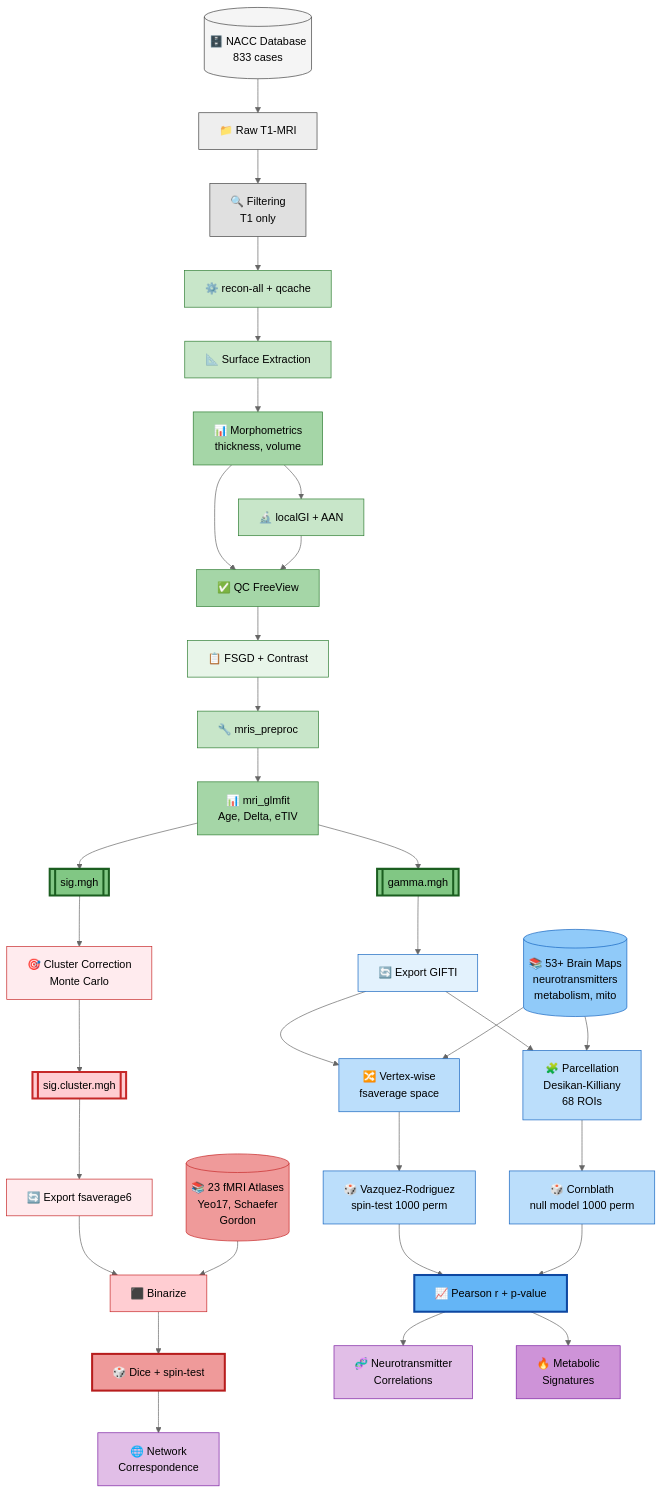
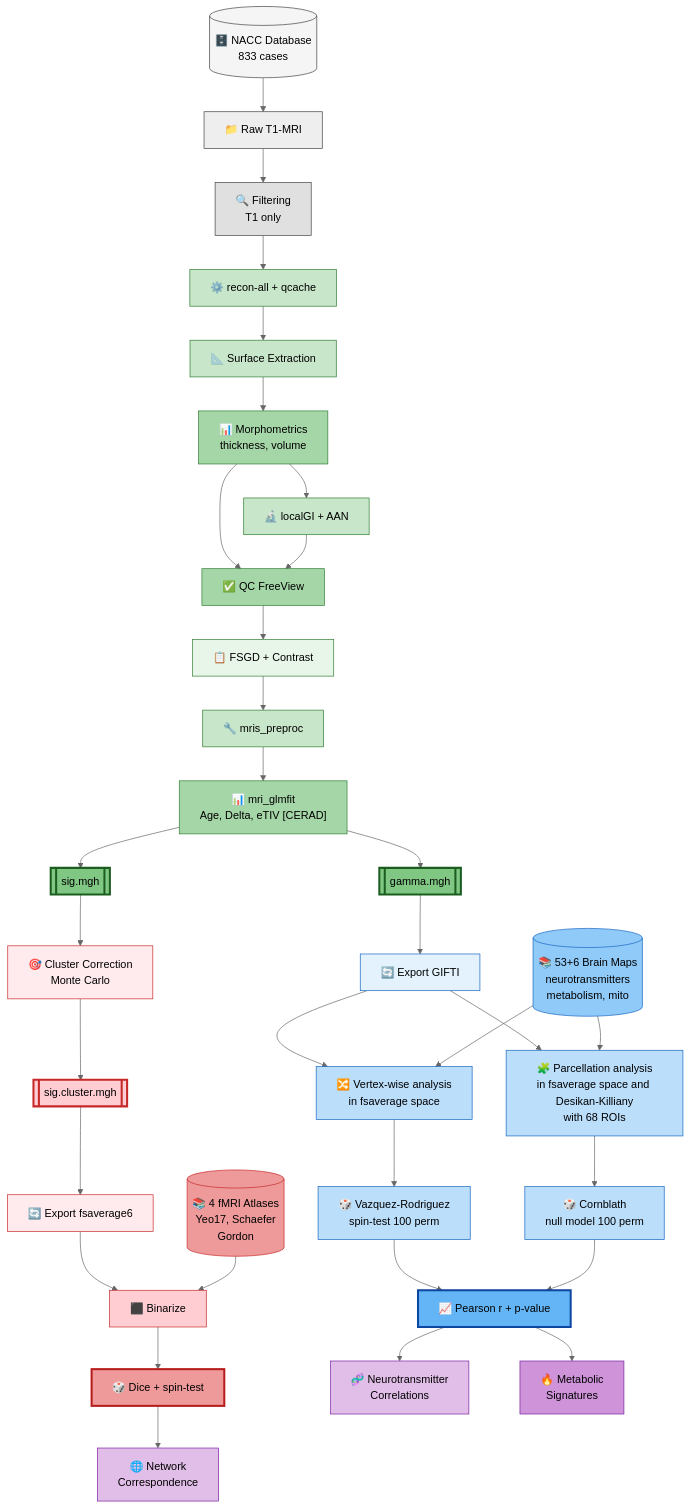
One commit to luisAraujo11/Thesis changed the diagram in README.md. Above: the diagram before and after it, drawn with Mermaid (neutral theme).

Commit message:
Final MD

````diff
--- a/README.md
+++ b/README.md
@@ -16,82 +16,82 @@
 ```mermaid
 flowchart TD
     %% DATA INPUT
     A1[("🗄️ NACC Database<br/>833 cases")] --> A2["📁 Raw T1-MRI"] --> A3["🔍 Filtering<br/>T1 only"]
     
     %% FREESURFER
     A3 --> B1["⚙️ recon-all + qcache"]
     B1 --> B2["📐 Surface Extraction"] --> B3["📊 Morphometrics<br/>thickness, volume"]
     B3 --> B4["🔬 localGI + AAN"]
     B3 --> B5["✅ QC FreeView"]
     B4 --> B5
     
     %% GROUP ANALYSIS
     B5 --> C1["📋 FSGD + Contrast"]
-    C1 --> C2["🔧 mris_preproc"] --> C3["📊 mri_glmfit<br/>Age, Delta, eTIV"]
+    C1 --> C2["🔧 mris_preproc"] --> C3["📊 mri_glmfit<br/>Age, Delta, eTIV [CERAD]"]
     C3 --> C4[["gamma.mgh"]]
     C3 --> C5[["sig.mgh"]]
     
     %% NEUROMAPS BRANCH - TWO PATHS
     C4 --> D1["🔄 Export GIFTI"]
     
     %% Vertex-wise path
-    D1 --> D2a["🔀 Vertex-wise<br/>fsaverage space"]
-    D3[("📚 53+ Brain Maps<br/>neurotransmitters<br/>metabolism, mito")] --> D2a
-    D2a --> D4a["🎲 Vazquez-Rodriguez<br/>spin-test 1000 perm"]
+    D1 --> D2a["🔀 Vertex-wise analysis<br/> in fsaverage space"]
+    D3[("📚 53+6 Brain Maps<br/>neurotransmitters<br/>metabolism, mito")] --> D2a
+    D2a --> D4a["🎲 Vazquez-Rodriguez<br/>spin-test 100 perm"]
     
     %% Parcellated path
-    D1 --> D2b["🧩 Parcellation<br/>Desikan-Killiany<br/>68 ROIs"]
+    D1 --> D2b["🧩 Parcellation analysis<br/>in fsaverage space and Desikan-Killiany<br/>with 68 ROIs"]
     D3 --> D2b
-    D2b --> D4b["🎲 Cornblath<br/>null model 1000 perm"]
+    D2b --> D4b["🎲 Cornblath<br/>null model 100 perm"]
     
     %% Merge results
     D4a --> D5["📈 Pearson r + p-value"]
     D4b --> D5
     
     %% NCT BRANCH
     C5 --> E1["🎯 Cluster Correction<br/>Monte Carlo"] --> E2[["sig.cluster.mgh"]]
     E2 --> E3["🔄 Export fsaverage6"] --> E4["⬛ Binarize"]
-    E5[("📚 23 fMRI Atlases<br/>Yeo17, Schaefer<br/>Gordon")] --> E4
+    E5[("📚 4 fMRI Atlases<br/>Yeo17, Schaefer<br/>Gordon")] --> E4
     E4 --> E6["🎲 Dice + spin-test"]
     
     %% RESULTS
     D5 --> F1["🧬 Neurotransmitter<br/>Correlations"]
     D5 --> F2["🔥 Metabolic<br/>Signatures"]
     E6 --> F3["🌐 Network<br/>Correspondence"]
     
     %% STYLING
     style A1 fill:#f5f5f5,stroke:#424242,color:#000
     style A2 fill:#eeeeee,stroke:#424242,color:#000
     style A3 fill:#e0e0e0,stroke:#424242,color:#000
     
     style B1 fill:#c8e6c9,stroke:#2e7d32,color:#000
     style B2 fill:#c8e6c9,stroke:#2e7d32,color:#000
     style B3 fill:#a5d6a7,stroke:#2e7d32,color:#000
     style B4 fill:#c8e6c9,stroke:#2e7d32,color:#000
     style B5 fill:#a5d6a7,stroke:#2e7d32,color:#000
     
     style C1 fill:#e8f5e9,stroke:#2e7d32,color:#000
     style C2 fill:#c8e6c9,stroke:#2e7d32,color:#000
     style C3 fill:#a5d6a7,stroke:#2e7d32,color:#000
     style C4 fill:#81c784,stroke:#1b5e20,color:#000,stroke-width:3px
     style C5 fill:#81c784,stroke:#1b5e20,color:#000,stroke-width:3px
     
     style D1 fill:#e3f2fd,stroke:#1565c0,color:#000
     style D2a fill:#bbdefb,stroke:#1565c0,color:#000
     style D2b fill:#bbdefb,stroke:#1565c0,color:#000
     style D3 fill:#90caf9,stroke:#1565c0,color:#000
     style D4a fill:#bbdefb,stroke:#1565c0,color:#000
     style D4b fill:#bbdefb,stroke:#1565c0,color:#000
     style D5 fill:#64b5f6,stroke:#0d47a1,color:#000,stroke-width:3px
     
     style E1 fill:#ffebee,stroke:#c62828,color:#000
     style E2 fill:#ffcdd2,stroke:#c62828,color:#000,stroke-width:3px
     style E3 fill:#ffebee,stroke:#c62828,color:#000
     style E4 fill:#ffcdd2,stroke:#c62828,color:#000
     style E5 fill:#ef9a9a,stroke:#c62828,color:#000
     style E6 fill:#ef9a9a,stroke:#b71c1c,color:#000,stroke-width:3px
     
     style F1 fill:#e1bee7,stroke:#7b1fa2,color:#000
     style F2 fill:#ce93d8,stroke:#7b1fa2,color:#000
     style F3 fill:#e1bee7,stroke:#7b1fa2,color:#000
 ```
````
